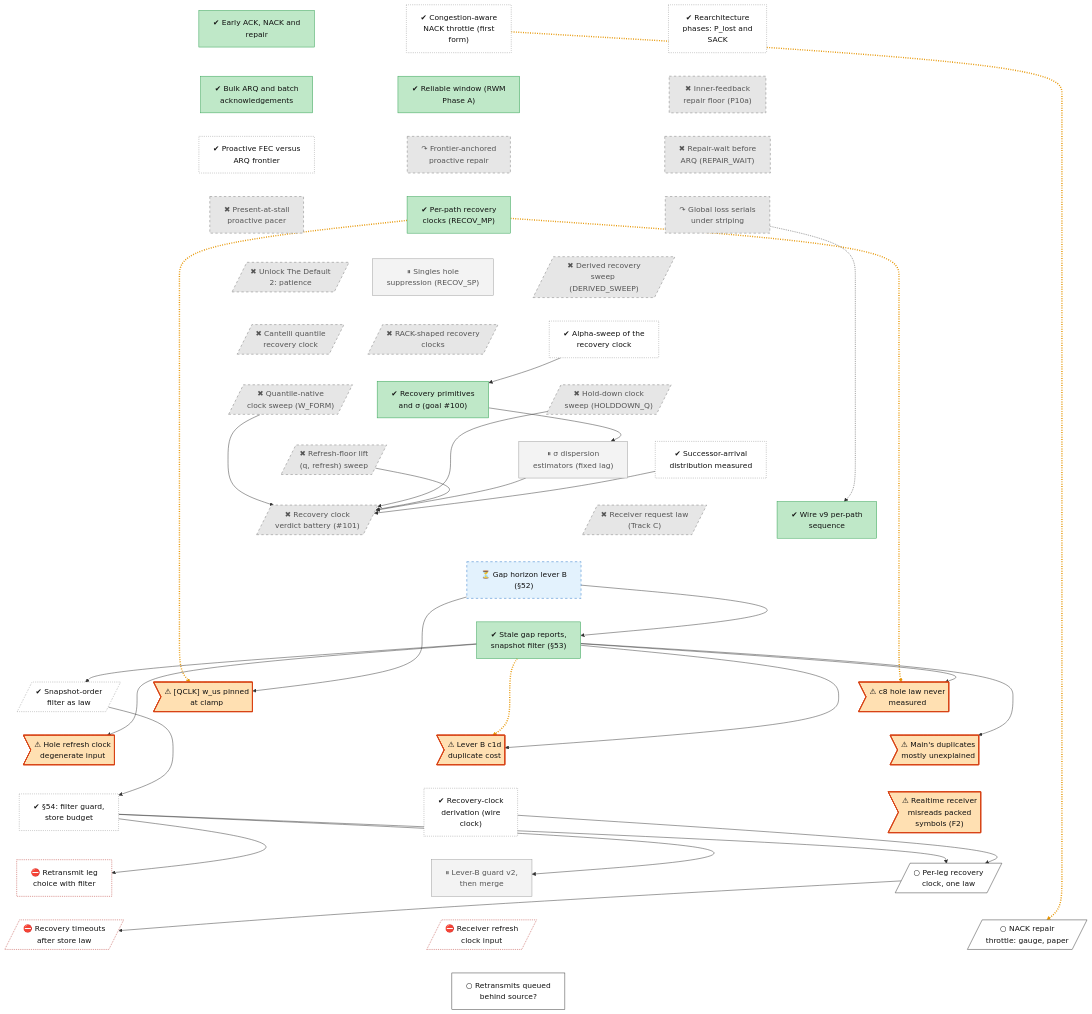
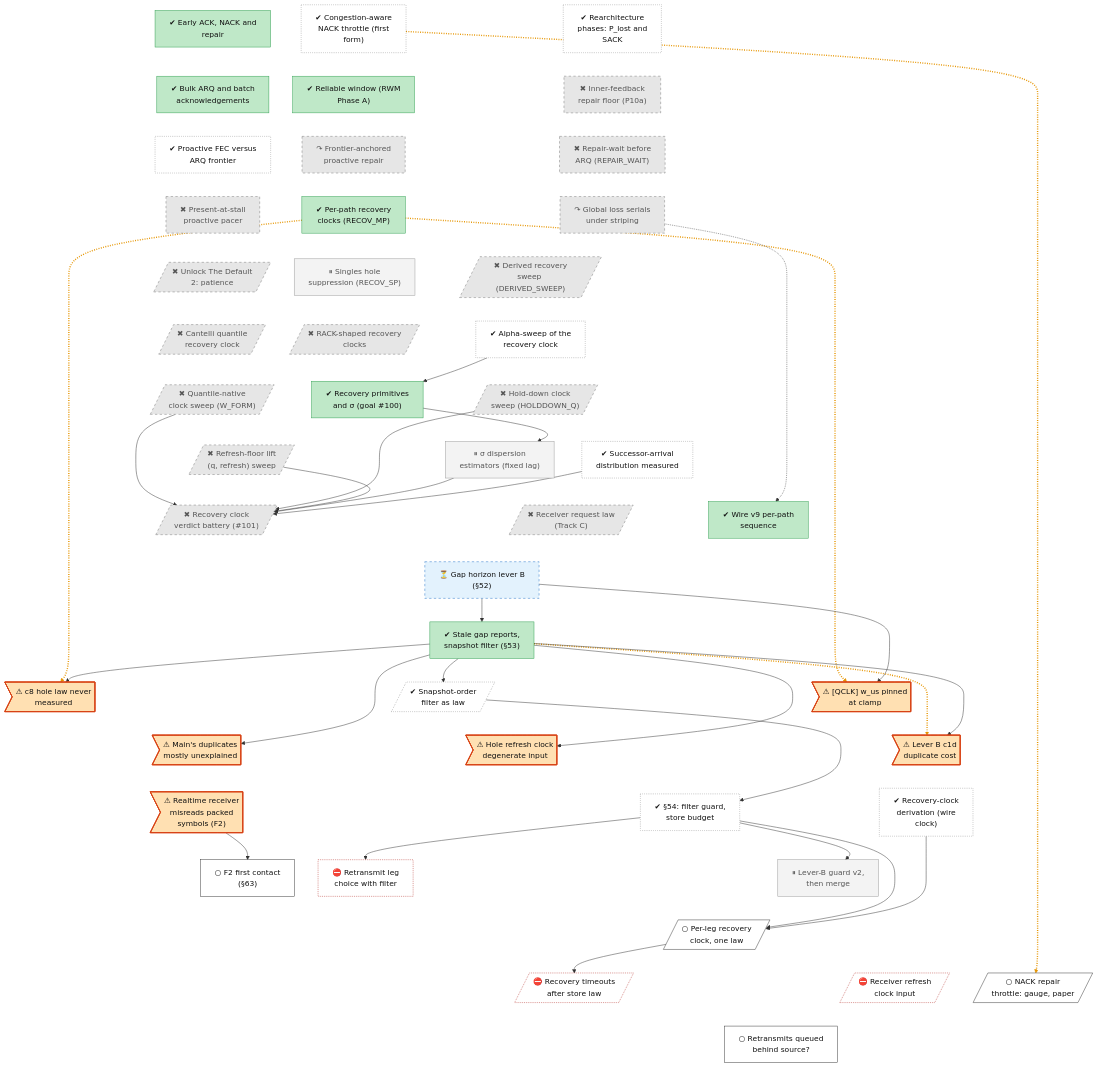
One commit to lhns/raptorpath changed the diagram in docs/roadmap/tracks/rec.md. Above: the diagram before and after it, drawn with Mermaid. The commit also changed other lines of this file and 4 other files, not shown here.

First line of the commit message:
roadmap: s62 is blocked on §63 (257730ef failed the check: a next node on unfinished dependencies)

````diff
--- a/docs/roadmap/tracks/rec.md
+++ b/docs/roadmap/tracks/rec.md
@@ -47,6 +47,7 @@
     rec_s54_session["✔ #167;54: filter guard,<br/>store budget"]
     rec_wire_clock_derivation["✔ Recovery-clock<br/>derivation (wire<br/>clock)"]
     rec_defect_realtime_framing>"⚠ Realtime receiver<br/>misreads packed<br/>symbols (F2)"]
+    rec_s63_f2_first_contact["○ F2 first contact<br/>(#167;63)"]
     rec_w0_leg_question["⛔ Retransmit leg<br/>choice with filter"]
     rec_leverb_guard["⏸ Lever-B guard v2,<br/>then merge"]
     rec_fix_perleg_clock_n1[/"○ Per-leg recovery<br/>clock, one law"/]
@@ -91,11 +92,14 @@
     rec_defect_refresh_input ~~~ rec_s54_session
     rec_leverb_c1d_cost ~~~ rec_wire_clock_derivation
     rec_defect_base_duplicates ~~~ rec_defect_realtime_framing
-    rec_s54_session ~~~ rec_w0_leg_question
-    rec_wire_clock_derivation ~~~ rec_leverb_guard
-    rec_defect_realtime_framing ~~~ rec_fix_perleg_clock_n1
-    rec_w0_leg_question ~~~ rec_recovery_timeouts
-    rec_leverb_guard ~~~ rec_fix_refresh_clock
+    rec_s54_session ~~~ rec_s63_f2_first_contact
+    rec_wire_clock_derivation ~~~ rec_w0_leg_question
+    rec_defect_realtime_framing ~~~ rec_leverb_guard
+    rec_s63_f2_first_contact ~~~ rec_fix_perleg_clock_n1
+    rec_w0_leg_question ~~~ rec_fix_perleg_clock_n1
+    rec_leverb_guard ~~~ rec_fix_perleg_clock_n1
+    rec_fix_perleg_clock_n1 ~~~ rec_recovery_timeouts
+    rec_fix_perleg_clock_n1 ~~~ rec_fix_refresh_clock
     rec_fix_perleg_clock_n1 ~~~ rec_fix_nack_throttle
     rec_recovery_timeouts ~~~ rec_retx_behind_source
     rec_fix_refresh_clock ~~~ rec_retx_behind_source
@@ -120,12 +124,13 @@
     rec_snapver_filter --> rec_leverb_c1d_cost
     rec_snapver_filter --> rec_defect_base_duplicates
     rec_snapver_law --> rec_s54_session
+    rec_defect_realtime_framing --> rec_s63_f2_first_contact
     rec_s54_session --> rec_w0_leg_question
     rec_s54_session --> rec_leverb_guard
     rec_s54_session --> rec_fix_perleg_clock_n1
     rec_wire_clock_derivation --> rec_fix_perleg_clock_n1
     rec_fix_perleg_clock_n1 --> rec_recovery_timeouts
-    linkStyle 46,47,48,58 stroke:#e69500,stroke-width:3px,stroke-dasharray:2 3
+    linkStyle 49,50,51,61 stroke:#e69500,stroke-width:3px,stroke-dasharray:2 3
     classDef vsucc fill:#2e9e4f,stroke:#1b6b34,color:#fff
     classDef succ fill:#bfe8c8,stroke:#2e9e4f,color:#111
     classDef mixed fill:#ffd37a,stroke:#c98a00,color:#111
@@ -145,6 +150,6 @@
     class rec_recov_sp,rec_dispersion_est,rec_leverb_guard parked
     class rec_gap_horizon waiting
     class rec_defect_qclk_clamp,rec_defect_hole_law,rec_defect_refresh_input,rec_leverb_c1d_cost,rec_defect_base_duplicates,rec_defect_realtime_framing defect
+    class rec_s63_f2_first_contact,rec_fix_perleg_clock_n1,rec_fix_nack_throttle,rec_retx_behind_source next
     class rec_w0_leg_question,rec_recovery_timeouts,rec_fix_refresh_clock blocked
-    class rec_fix_perleg_clock_n1,rec_fix_nack_throttle,rec_retx_behind_source next
 ```
````
